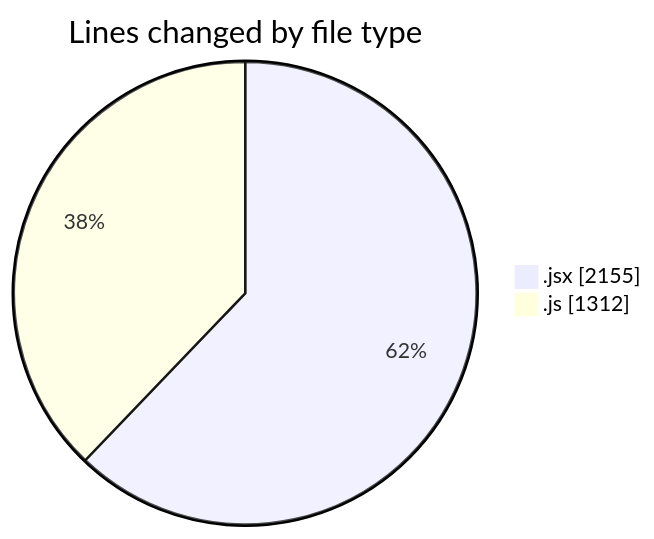
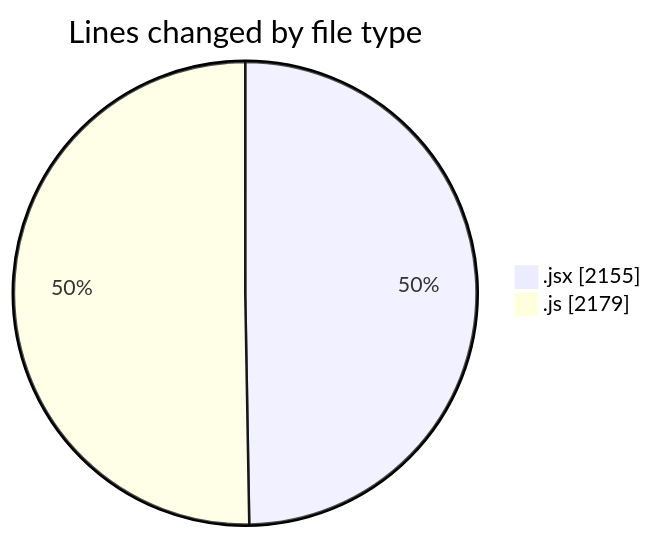
Before and after one commit to nxtqubesakshisongat/code-tracking: the first of 2 diagrams in 2025-07-30/nxtqube_webapp/README.md, drawn with Mermaid. The commit also changed other lines of this file and 1 other file, not shown here.

````diff
--- a/2025-07-30/nxtqube_webapp/README.md
+++ b/2025-07-30/nxtqube_webapp/README.md
@@ -27,6 +27,6 @@
 ```mermaid
 pie showData
 title Lines changed by file type
 ".jsx" : 2155
-".js" : 1312
+".js" : 2179
 ```
````
